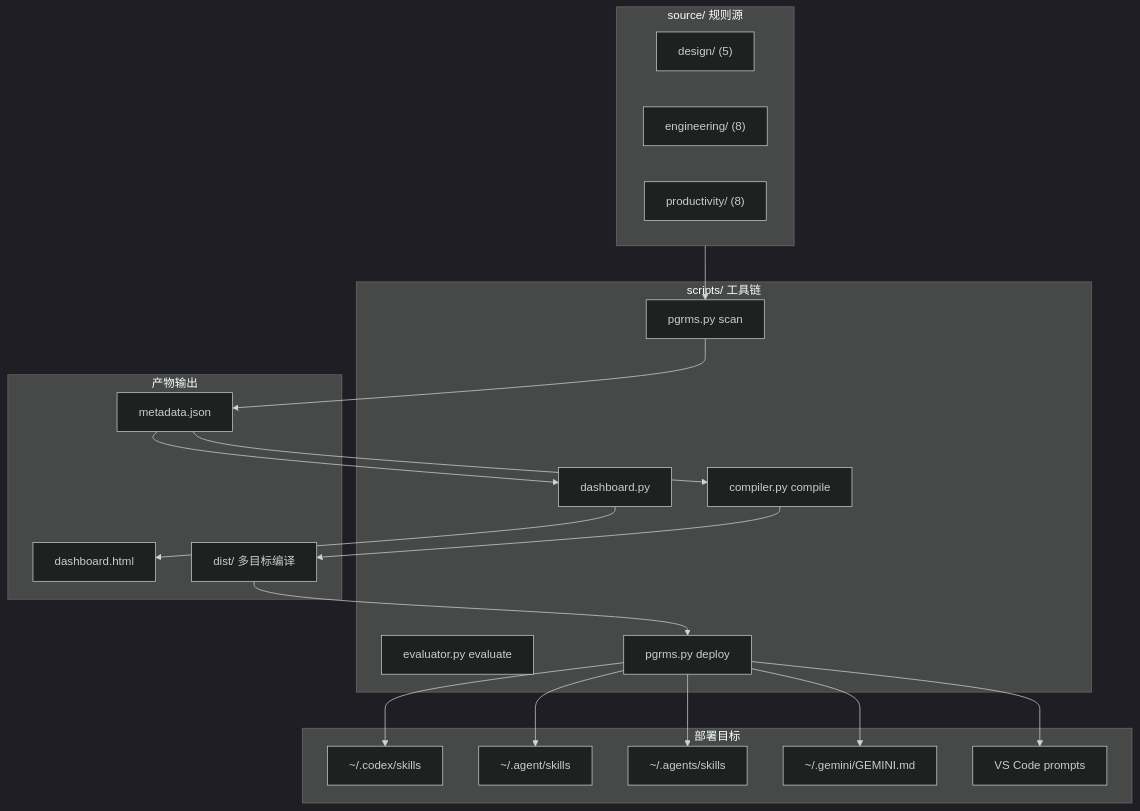
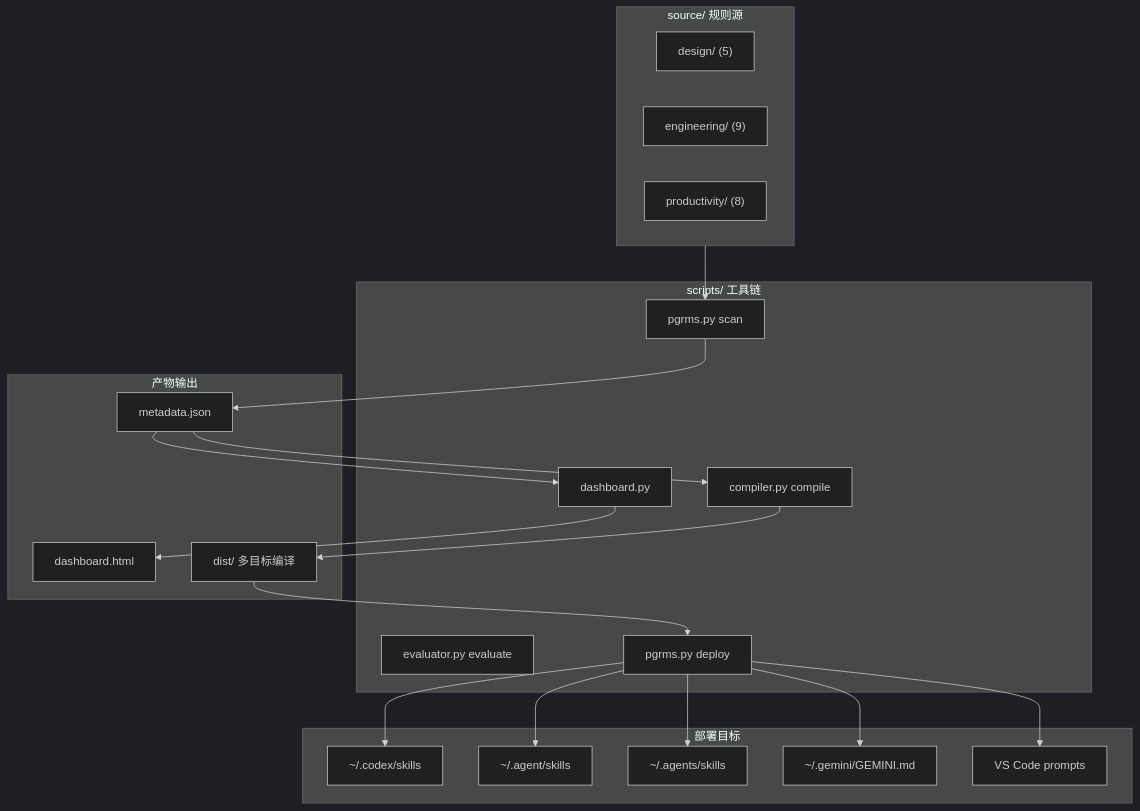
One commit to cr20085361/my_ai_skills changed the first of 3 diagrams in README.md. Above: the diagram before and after it, drawn with Mermaid (dark theme). The commit also changed other lines of this file, not shown here.

````diff
--- a/README.md
+++ b/README.md
@@ -15,40 +15,40 @@
 ```mermaid
 graph TB
     subgraph SRC["source/ 规则源"]
         D["design/ (5)"]
-        E["engineering/ (8)"]
+        E["engineering/ (9)"]
         P["productivity/ (8)"]
     end
 
     subgraph TOOLCHAIN["scripts/ 工具链"]
         SCAN["pgrms.py scan"]
         COMPILE["compiler.py compile"]
         EVAL["evaluator.py evaluate"]
         DEPLOY["pgrms.py deploy"]
         DASH["dashboard.py"]
     end
 
     subgraph OUTPUT["产物输出"]
         META["metadata.json"]
         BOARD["dashboard.html"]
         DIST["dist/ 多目标编译"]
     end
 
     subgraph TARGETS["部署目标"]
         CODEX["~/.codex/skills"]
         AGENT["~/.agent/skills"]
         AGENTS["~/.agents/skills"]
         GEMINI["~/.gemini/GEMINI.md"]
         VSCODE["VS Code prompts"]
     end
 
     SRC --> SCAN --> META
     META --> COMPILE --> DIST
     META --> DASH --> BOARD
     DIST --> DEPLOY
     DEPLOY --> CODEX
     DEPLOY --> AGENT
     DEPLOY --> AGENTS
     DEPLOY --> GEMINI
     DEPLOY --> VSCODE
 ```
````
